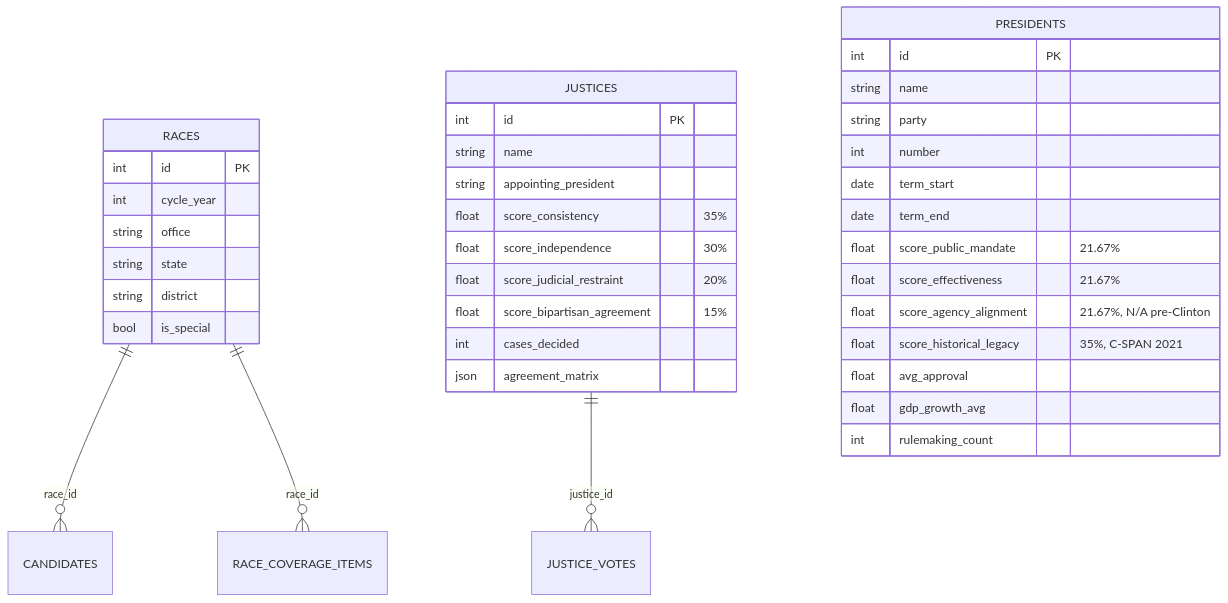
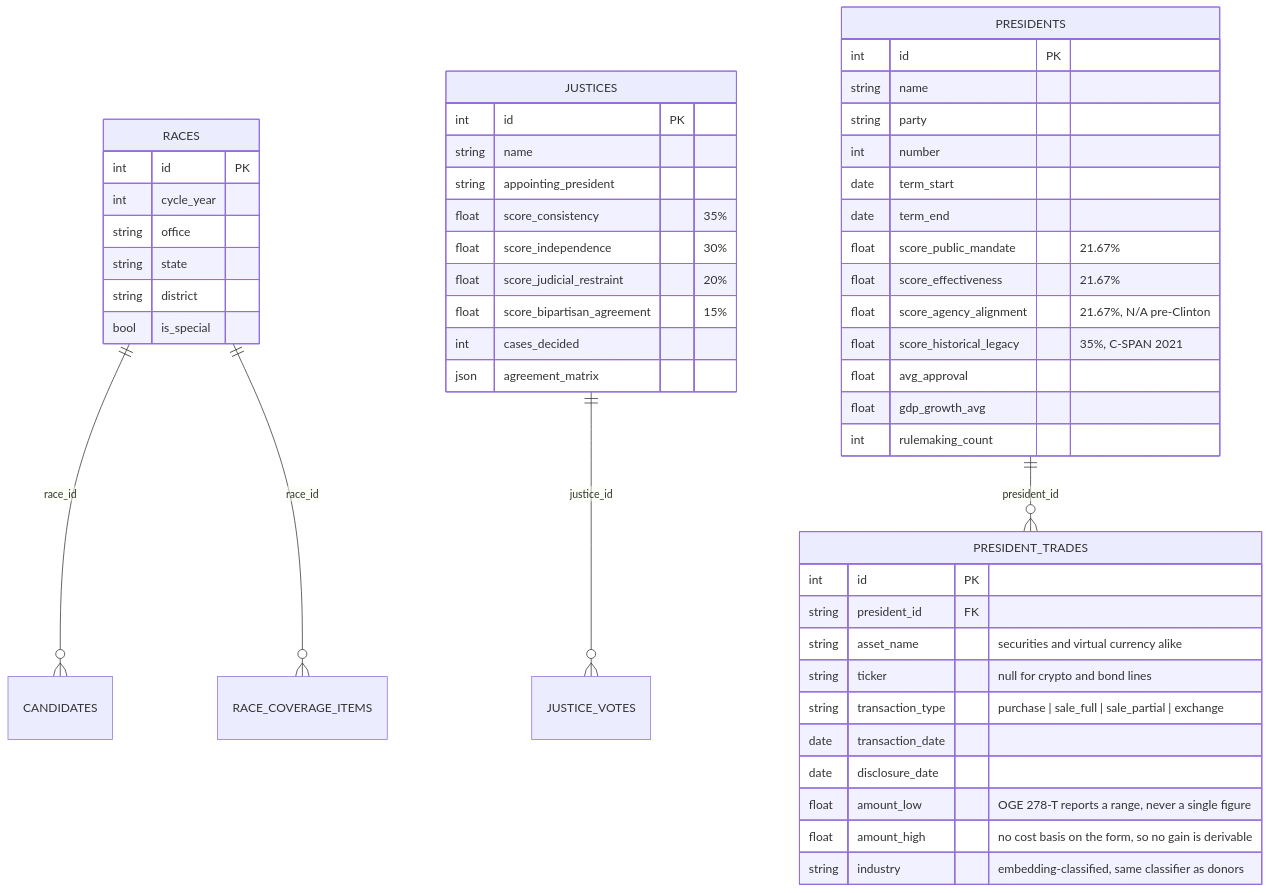
The second of 4 diagrams in docs/diagrams/07-data-model.md (kamoras/civitas), drawn with Mermaid before and after one commit. The commit also changed 19 other files, not shown here.

````diff
--- a/docs/diagrams/07-data-model.md
+++ b/docs/diagrams/07-data-model.md
@@ -79,43 +79,57 @@
 ```mermaid
 erDiagram
     RACES ||--o{ CANDIDATES : "race_id"
     RACES ||--o{ RACE_COVERAGE_ITEMS : "race_id"
     JUSTICES ||--o{ JUSTICE_VOTES : "justice_id"
+    PRESIDENTS ||--o{ PRESIDENT_TRADES : "president_id"
 
     PRESIDENTS {
         int id PK
         string name
         string party
         int number
         date term_start
         date term_end
         float score_public_mandate "21.67%"
         float score_effectiveness "21.67%"
         float score_agency_alignment "21.67%, N/A pre-Clinton"
         float score_historical_legacy "35%, C-SPAN 2021"
         float avg_approval
         float gdp_growth_avg
         int rulemaking_count
+    }
+
+    PRESIDENT_TRADES {
+        int id PK
+        string president_id FK
+        string asset_name "securities and virtual currency alike"
+        string ticker "null for crypto and bond lines"
+        string transaction_type "purchase | sale_full | sale_partial | exchange"
+        date transaction_date
+        date disclosure_date
+        float amount_low "OGE 278-T reports a range, never a single figure"
+        float amount_high "no cost basis on the form, so no gain is derivable"
+        string industry "embedding-classified, same classifier as donors"
     }
 
     JUSTICES {
         int id PK
         string name
         string appointing_president
         float score_consistency "35%"
         float score_independence "30%"
         float score_judicial_restraint "20%"
         float score_bipartisan_agreement "15%"
         int cases_decided
         json agreement_matrix
     }
 
     RACES {
         int id PK
         int cycle_year
         string office
         string state
         string district
         bool is_special
     }
 ```
````
